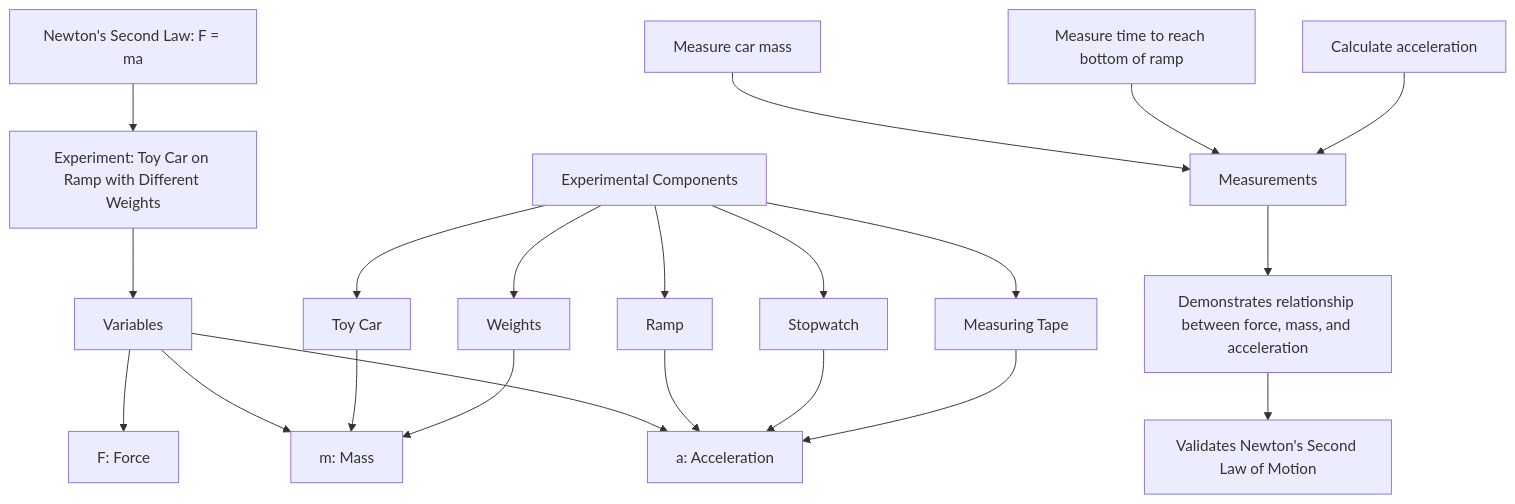
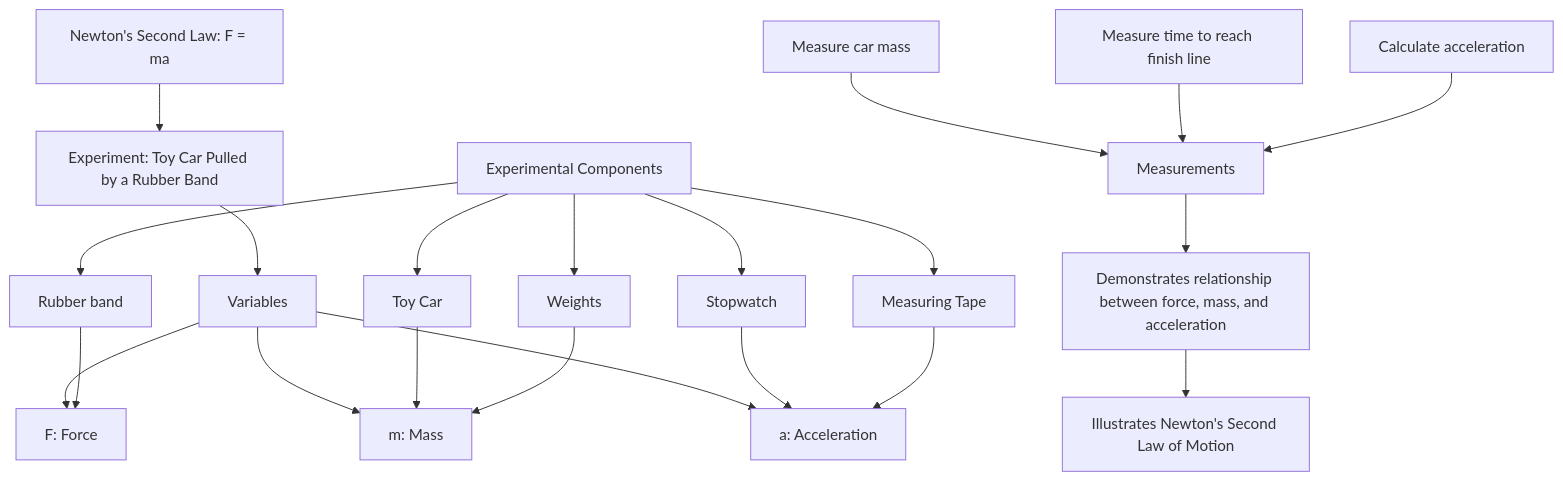
One commit to Josh-XT/math changed the second of 35 diagrams in README.md. Above: the diagram before and after it, drawn with Mermaid. The commit also changed other lines of this file, not shown here.

````diff
--- a/README.md
+++ b/README.md
@@ -438,28 +440,28 @@
 ```mermaid
 graph TD
-    A["Newton's Second Law: F = ma"] --> B["Experiment: Toy Car on Ramp with Different Weights"]
+    A["Newton's Second Law: F = ma"] --> B["Experiment: Toy Car Pulled by a Rubber Band"]
     B --> C["Variables"]
     C --> D["F: Force"]
     C --> E["m: Mass"]
     C --> F["a: Acceleration"]
     
     G["Experimental Components"] --> H["Toy Car"]
-    G --> I["Ramp"]
+    G --> I["Rubber band"]
     G --> J["Weights"]
     G --> K["Stopwatch"]
     G --> L["Measuring Tape"]
     
     H --> E
-    I --> F
+    I --> D
     J --> E
     K --> F
     L --> F
     
     M["Measurements"]
     N["Measure car mass"] --> M
-    O["Measure time to reach bottom of ramp"] --> M
+    O["Measure time to reach finish line"] --> M
     P["Calculate acceleration"] --> M
     
     M --> Q["Demonstrates relationship between force, mass, and acceleration"]
-    Q --> R["Validates Newton's Second Law of Motion"]
+    Q --> R["Illustrates Newton's Second Law of Motion"]
 ```
````
